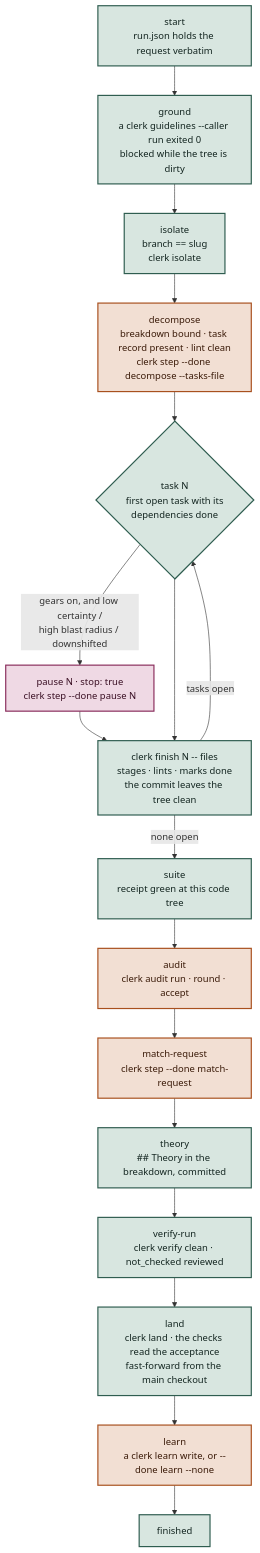
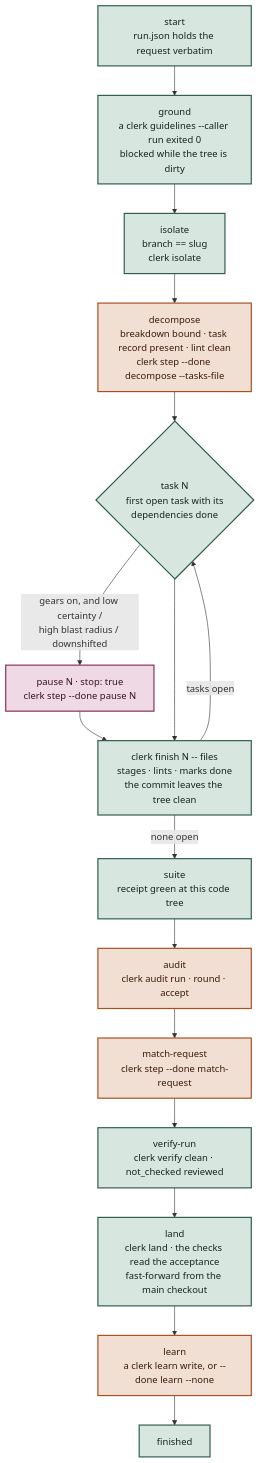
One commit to hpcsc/dotfiles changed the second of 5 diagrams in link/common/dot-config/.config/ai/method/README.md. Above: the diagram before and after it, drawn with Mermaid. The commit also changed other lines of this file and 18 other files, not shown here.

First line of the commit message:
Drop the theory step and everything that read it

````diff
--- a/link/common/dot-config/.config/ai/method/README.md
+++ b/link/common/dot-config/.config/ai/method/README.md
@@ -118,25 +118,24 @@
 ```mermaid
 flowchart TD
   START["start<br/>run.json holds the request verbatim"] --> GROUND
   GROUND["ground<br/>a clerk guidelines --caller run exited 0<br/>blocked while the tree is dirty"] --> ISOLATE
   ISOLATE["isolate<br/>branch == slug<br/>clerk isolate"] --> PLAN
   PLAN["decompose<br/>breakdown bound · task record present · lint clean<br/>clerk step --done decompose --tasks-file"] --> TASK
   TASK{"task N<br/>first open task with its<br/>dependencies done"} -->|"gears on, and low certainty /<br/>high blast radius / downshifted"| TESTS
   TESTS["pause N · stop: true<br/>clerk step --done pause N"] --> BUILD
   TASK --> BUILD["clerk finish N -- files<br/>stages · lints · marks done<br/>the commit leaves the tree clean"]
   BUILD -->|"tasks open"| TASK
   BUILD -->|"none open"| SUITE
   SUITE["suite<br/>receipt green at this code tree"] --> AUDIT
   AUDIT["audit<br/>clerk audit run · round · accept"] --> VALIDATE
-  VALIDATE["match-request<br/>clerk step --done match-request"] --> THEORY
-  THEORY["theory<br/>## Theory in the breakdown, committed"] --> VERIFY
+  VALIDATE["match-request<br/>clerk step --done match-request"] --> VERIFY
   VERIFY["verify-run<br/>clerk verify clean · not_checked reviewed"] --> LAND
   LAND["land<br/>clerk land · the checks read the acceptance<br/>fast-forward from the main checkout"] --> LEARN
   LEARN["learn<br/>a clerk learn write, or --done learn --none"] --> FIN["finished"]
   classDef derived fill:#D8E6E0,stroke:#2F5D50,stroke-width:2px,color:#132520
   classDef asserted fill:#F2DFD3,stroke:#A8501E,stroke-width:2px,color:#3A1A08
   classDef checked fill:#EFD9E4,stroke:#8A2E5D,stroke-width:2px,color:#3A1024
-  class START,GROUND,ISOLATE,TASK,BUILD,SUITE,THEORY,VERIFY,LAND,FIN derived
+  class START,GROUND,ISOLATE,TASK,BUILD,SUITE,VERIFY,LAND,FIN derived
   class PLAN,AUDIT,VALIDATE,LEARN asserted
   class TESTS checked
 ```
````
